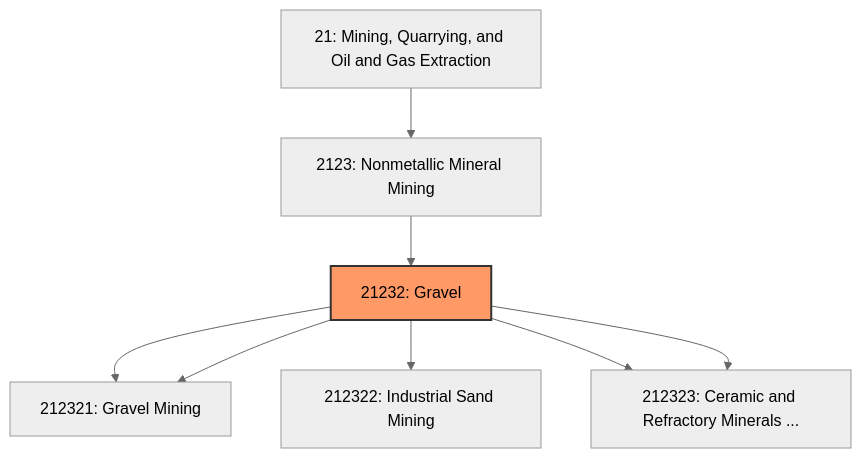
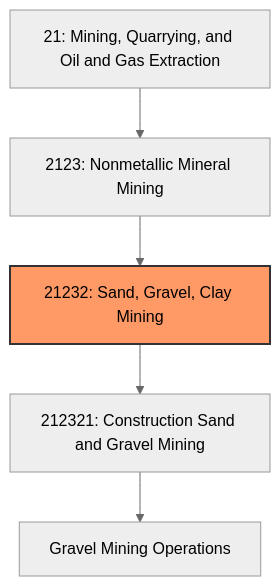
The first of 3 diagrams in industries/Mining/NonmetallicMineralMining/Gravel/index.mdx (kziemski/business.org.ai), drawn with Mermaid (neutral theme) before and after one commit. The commit also changed other lines of this file and 67 other files, not shown here.

````diff
--- a/industries/Mining/NonmetallicMineralMining/Gravel/index.mdx
+++ b/industries/Mining/NonmetallicMineralMining/Gravel/index.mdx
@@ -22,12 +40,9 @@
 ```mermaid
 graph TD
     S21["21: Mining, Quarrying, and Oil and Gas Extraction"]
     S21 --> N2123["2123: Nonmetallic Mineral Mining"]
-    N2123 --> N21232["21232: Gravel"]
+    N2123 --> N21232["21232: Sand, Gravel, Clay Mining"]
     style N21232 fill:#f96,stroke:#333,stroke-width:2px
-    N21232 --> N212321["212321: Construction Sand"]
-    N21232 --> N212321["212321: Gravel Mining"]
-    N21232 --> N212322["212322: Industrial Sand Mining"]
-    N21232 --> N212323["212323: Kaolin"]
-    N21232 --> N212323["212323: Ceramic and Refractory Minerals ..."]
+    N21232 --> N212321["212321: Construction Sand and Gravel Mining"]
+    N212321 --> Gravel["Gravel Mining Operations"]
 ```
````
